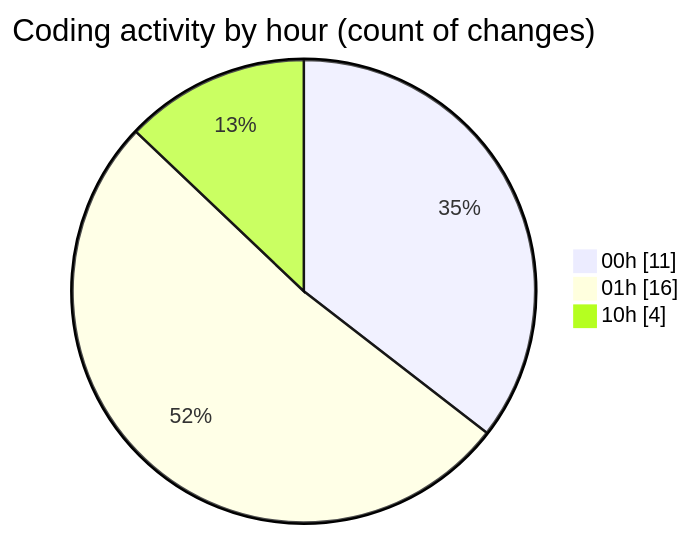
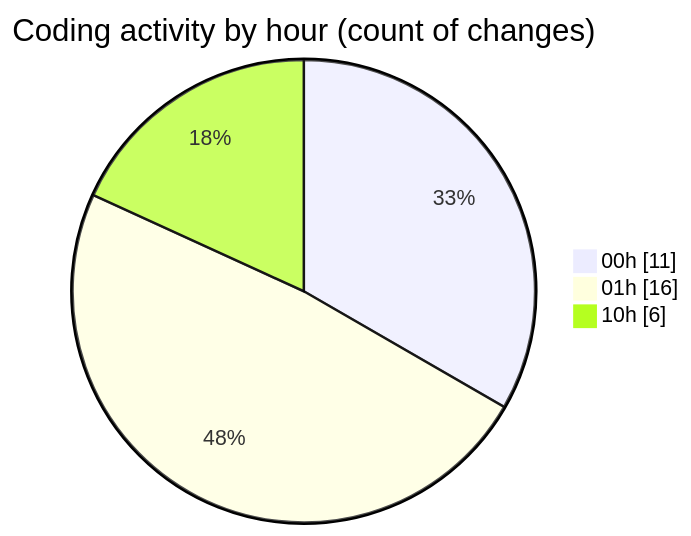
One commit to julien-gomy/code-tracking changed the second of 2 diagrams in 2025-10-11/eventscop-frontend-guide__workspace_/README.md. Above: the diagram before and after it, drawn with Mermaid. The commit also changed other lines of this file and 1 other file, not shown here.

````diff
--- a/2025-10-11/eventscop-frontend-guide__workspace_/README.md
+++ b/2025-10-11/eventscop-frontend-guide__workspace_/README.md
@@ -39,7 +41,7 @@
 ```mermaid
 pie showData
 title Coding activity by hour (count of changes)
 "00h" : 11
 "01h" : 16
-"10h" : 4
+"10h" : 6
 ```
````
